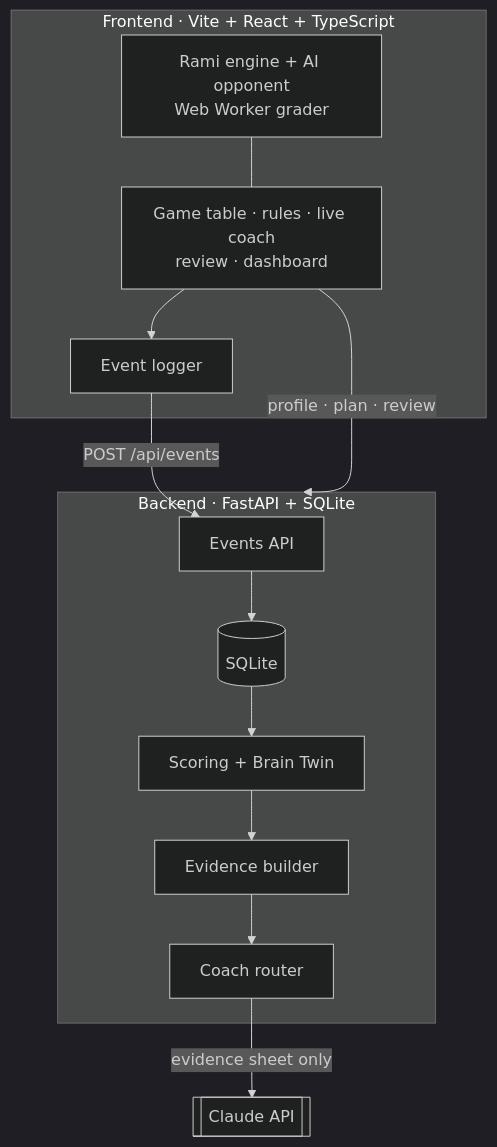
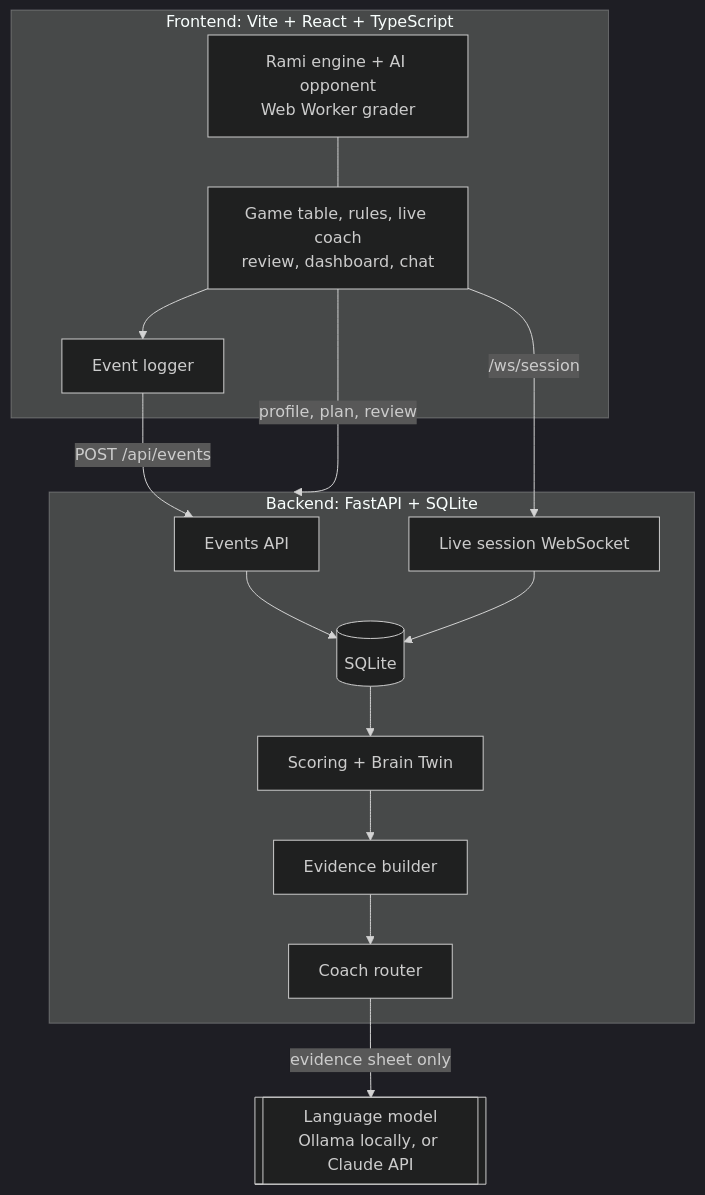
The second of 2 diagrams in README.md (KareemChatti/Ai4brain-cistac-iset-bizerte), drawn with Mermaid (dark theme) before and after one commit. The commit also changed other lines of this file and 2 other files, not shown here.

````diff
--- a/README.md
+++ b/README.md
@@ -84,23 +79,26 @@
 ```mermaid
 flowchart TB
-    subgraph Browser["Frontend · Vite + React + TypeScript"]
+    subgraph Browser["Frontend: Vite + React + TypeScript"]
         ENG[Rami engine + AI opponent<br/>Web Worker grader]
-        UI[Game table · rules · live coach<br/>review · dashboard]
+        UI[Game table, rules, live coach<br/>review, dashboard, chat]
         LOG[Event logger]
         UI --> LOG
         ENG --- UI
     end
-    subgraph API["Backend · FastAPI + SQLite"]
+    subgraph API["Backend: FastAPI + SQLite"]
         EV[Events API]
+        WS[Live session WebSocket]
         SC[Scoring + Brain Twin]
         EVI[Evidence builder]
         COACH[Coach router]
         DB[(SQLite)]
         EV --> DB --> SC
+        WS --> DB
         SC --> EVI --> COACH
     end
-    LLM[[Claude API]]
+    LLM[[Language model<br/>Ollama locally, or Claude API]]
     LOG -- "POST /api/events" --> EV
-    UI -- "profile · plan · review" --> API
+    UI -- "/ws/session" --> WS
+    UI -- "profile, plan, review" --> API
     COACH -- evidence sheet only --> LLM
 ```
````
